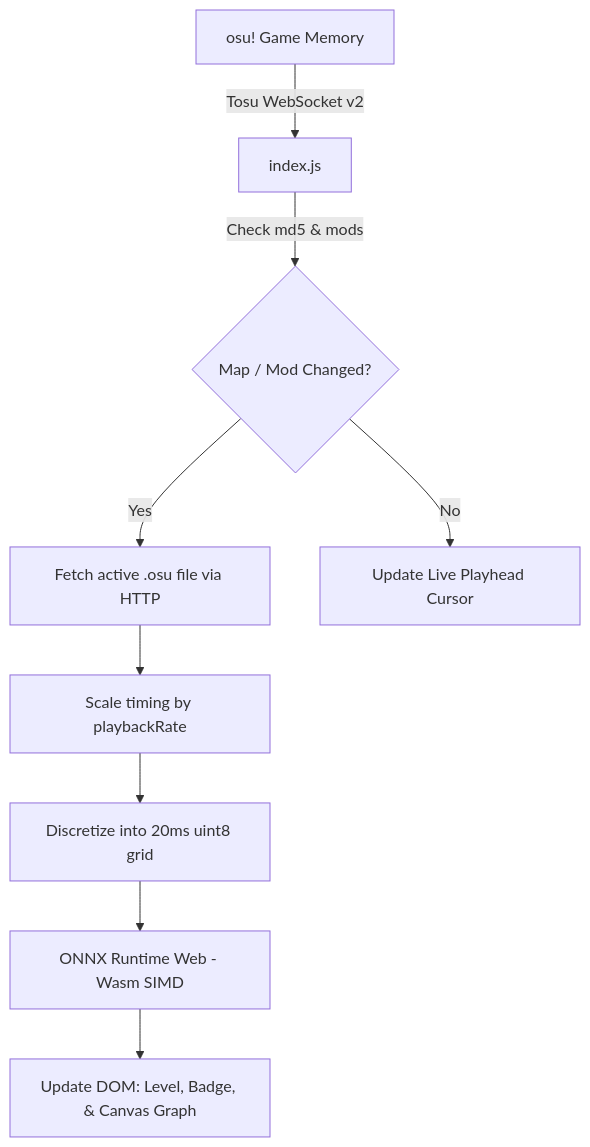
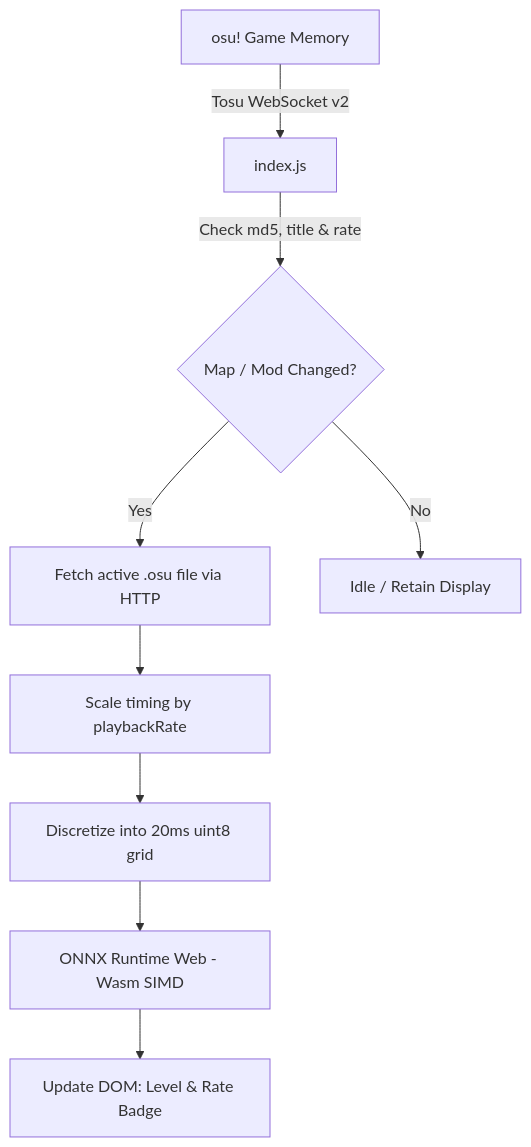
Before and after one commit to Huy317/o2jam-level-calc: the diagram in docs/extension.md, drawn with Mermaid. The commit also changed other lines of this file and 6 other files, not shown here.

Commit message:
docs: align architecture, dataset, extension, and benchmark docs with codebase

````diff
--- a/docs/extension.md
+++ b/docs/extension.md
@@ -69,11 +67,11 @@
 ```mermaid
 flowchart TD
     A[osu! Game Memory] -->|Tosu WebSocket v2| B[index.js]
-    B -->|Check md5 & mods| C{Map / Mod Changed?}
+    B -->|Check md5, title & rate| C{Map / Mod Changed?}
     C -- Yes --> D[Fetch active .osu file via HTTP]
     D --> E[Scale timing by playbackRate]
     E --> F[Discretize into 20ms uint8 grid]
     F --> G[ONNX Runtime Web - Wasm SIMD]
-    G --> H[Update DOM: Level, Badge, & Canvas Graph]
-    C -- No --> I[Update Live Playhead Cursor]
+    G --> H[Update DOM: Level & Rate Badge]
+    C -- No --> I[Idle / Retain Display]
 ```
````
